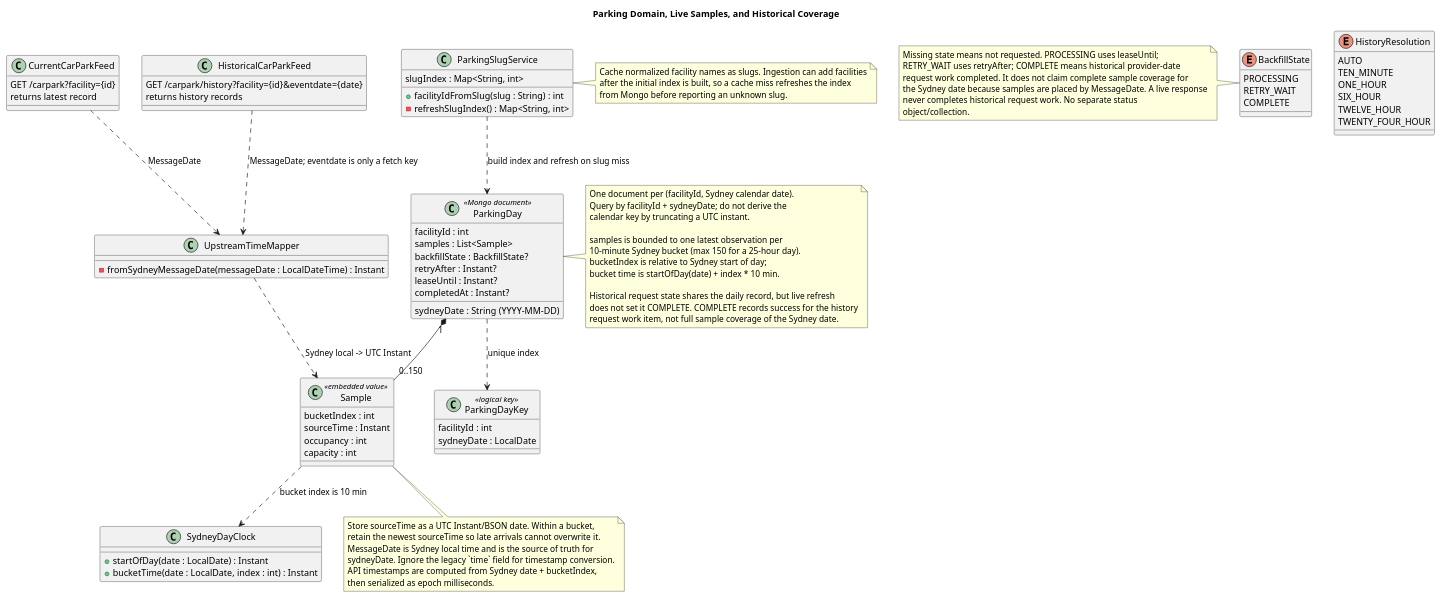
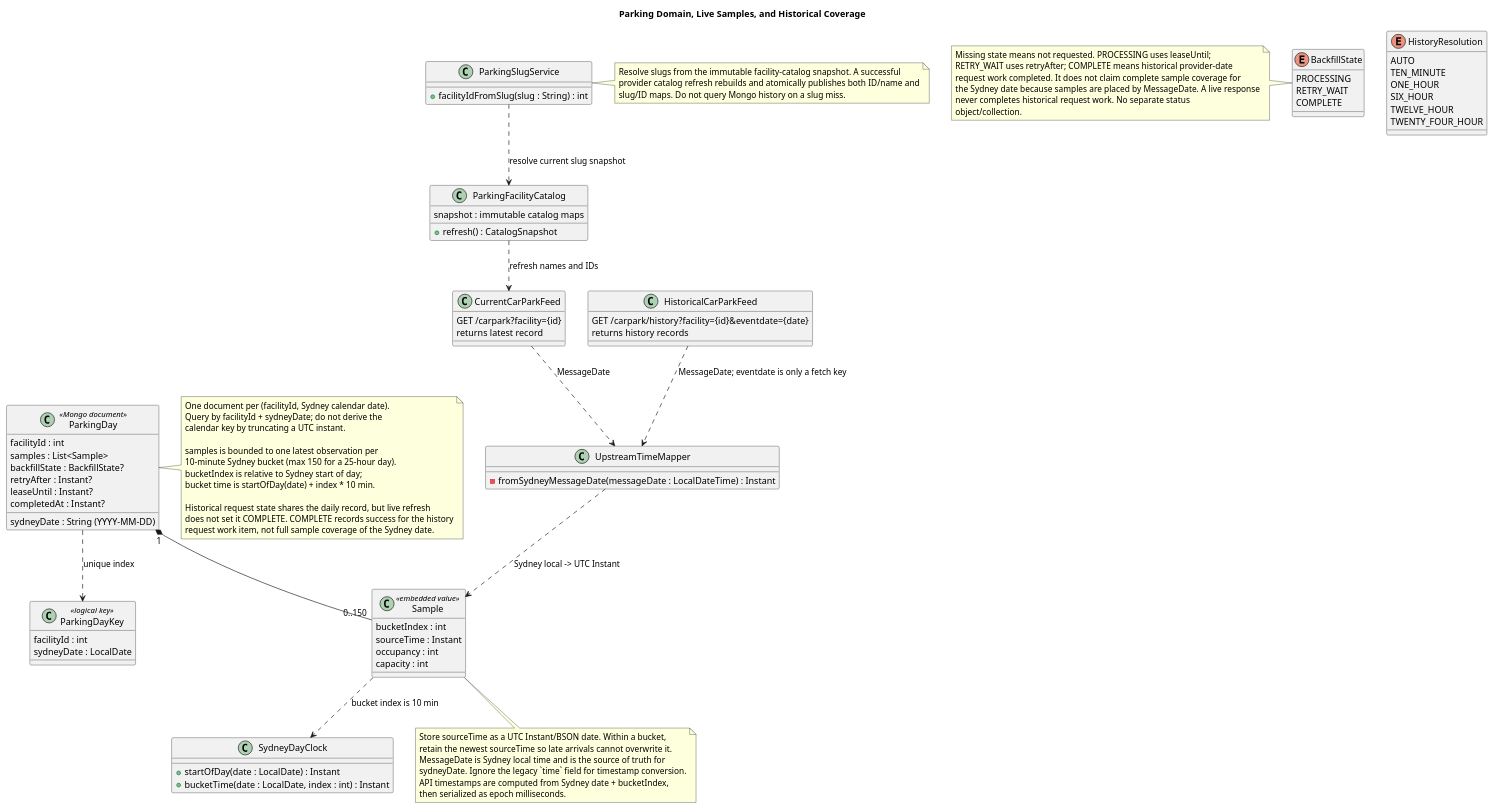
Before and after one commit to Ethan-Singh/metro-parking-web-service: the diagram in domain/models/parking-domain.puml, drawn with PlantUML. The commit also changed 24 other files, not shown here.

```diff
--- a/domain/models/parking-domain.puml
+++ b/domain/models/parking-domain.puml
@@ -1,113 +1,117 @@
 @startuml
 title Parking Domain, Live Samples, and Historical Coverage
 skinparam packageStyle rectangle
 
 enum HistoryResolution {
   AUTO
   TEN_MINUTE
   ONE_HOUR
   SIX_HOUR
   TWELVE_HOUR
   TWENTY_FOUR_HOUR
 }
 
 enum BackfillState {
   PROCESSING
   RETRY_WAIT
   COMPLETE
 }
 
 class ParkingDay <<Mongo document>> {
   facilityId : int
   sydneyDate : String (YYYY-MM-DD)
   samples : List<Sample>
   backfillState : BackfillState?
   retryAfter : Instant?
   leaseUntil : Instant?
   completedAt : Instant?
 }
 
 class Sample <<embedded value>> {
   bucketIndex : int
   sourceTime : Instant
   occupancy : int
   capacity : int
 }
 
 class ParkingDayKey <<logical key>> {
   facilityId : int
   sydneyDate : LocalDate
 }
 
 class SydneyDayClock {
   + startOfDay(date : LocalDate) : Instant
   + bucketTime(date : LocalDate, index : int) : Instant
 }
 
 class ParkingSlugService {
-  slugIndex : Map<String, int>
   + facilityIdFromSlug(slug : String) : int
-  - refreshSlugIndex() : Map<String, int>
+}
+
+class ParkingFacilityCatalog {
+  snapshot : immutable catalog maps
+  + refresh() : CatalogSnapshot
 }
 
 class UpstreamTimeMapper {
   - fromSydneyMessageDate(messageDate : LocalDateTime) : Instant
 }
 
 class CurrentCarParkFeed {
   GET /carpark?facility={id}
   returns latest record
 }
 
 class HistoricalCarParkFeed {
   GET /carpark/history?facility={id}&eventdate={date}
   returns history records
 }
 
 ParkingDay "1" *-- "0..150" Sample
 ParkingDay ..> ParkingDayKey : unique index
 Sample ..> SydneyDayClock : bucket index is 10 min
-ParkingSlugService ..> ParkingDay : build index and refresh on slug miss
+ParkingSlugService ..> ParkingFacilityCatalog : resolve current slug snapshot
+ParkingFacilityCatalog ..> CurrentCarParkFeed : refresh names and IDs
 CurrentCarParkFeed ..> UpstreamTimeMapper : MessageDate
 HistoricalCarParkFeed ..> UpstreamTimeMapper : MessageDate; eventdate is only a fetch key
 UpstreamTimeMapper ..> Sample : Sydney local -> UTC Instant
 
 note right of ParkingDay
   One document per (facilityId, Sydney calendar date).
   Query by facilityId + sydneyDate; do not derive the
   calendar key by truncating a UTC instant.
 
   samples is bounded to one latest observation per
   10-minute Sydney bucket (max 150 for a 25-hour day).
   bucketIndex is relative to Sydney start of day;
   bucket time is startOfDay(date) + index * 10 min.
 
   Historical request state shares the daily record, but live refresh
   does not set it COMPLETE. COMPLETE records success for the history
   request work item, not full sample coverage of the Sydney date.
 end note
 
 note bottom of Sample
   Store sourceTime as a UTC Instant/BSON date. Within a bucket,
   retain the newest sourceTime so late arrivals cannot overwrite it.
   MessageDate is Sydney local time and is the source of truth for
   sydneyDate. Ignore the legacy `time` field for timestamp conversion.
   API timestamps are computed from Sydney date + bucketIndex,
   then serialized as epoch milliseconds.
 end note
 
 note left of BackfillState
   Missing state means not requested. PROCESSING uses leaseUntil;
   RETRY_WAIT uses retryAfter; COMPLETE means historical provider-date
   request work completed. It does not claim complete sample coverage for
   the Sydney date because samples are placed by MessageDate. A live response
   never completes historical request work. No separate status
   object/collection.
 end note
 
 note right of ParkingSlugService
-  Cache normalized facility names as slugs. Ingestion can add facilities
-  after the initial index is built, so a cache miss refreshes the index
-  from Mongo before reporting an unknown slug.
+  Resolve slugs from the immutable facility-catalog snapshot. A successful
+  provider catalog refresh rebuilds and atomically publishes both ID/name and
+  slug/ID maps. Do not query Mongo history on a slug miss.
 end note
 @enduml
```
